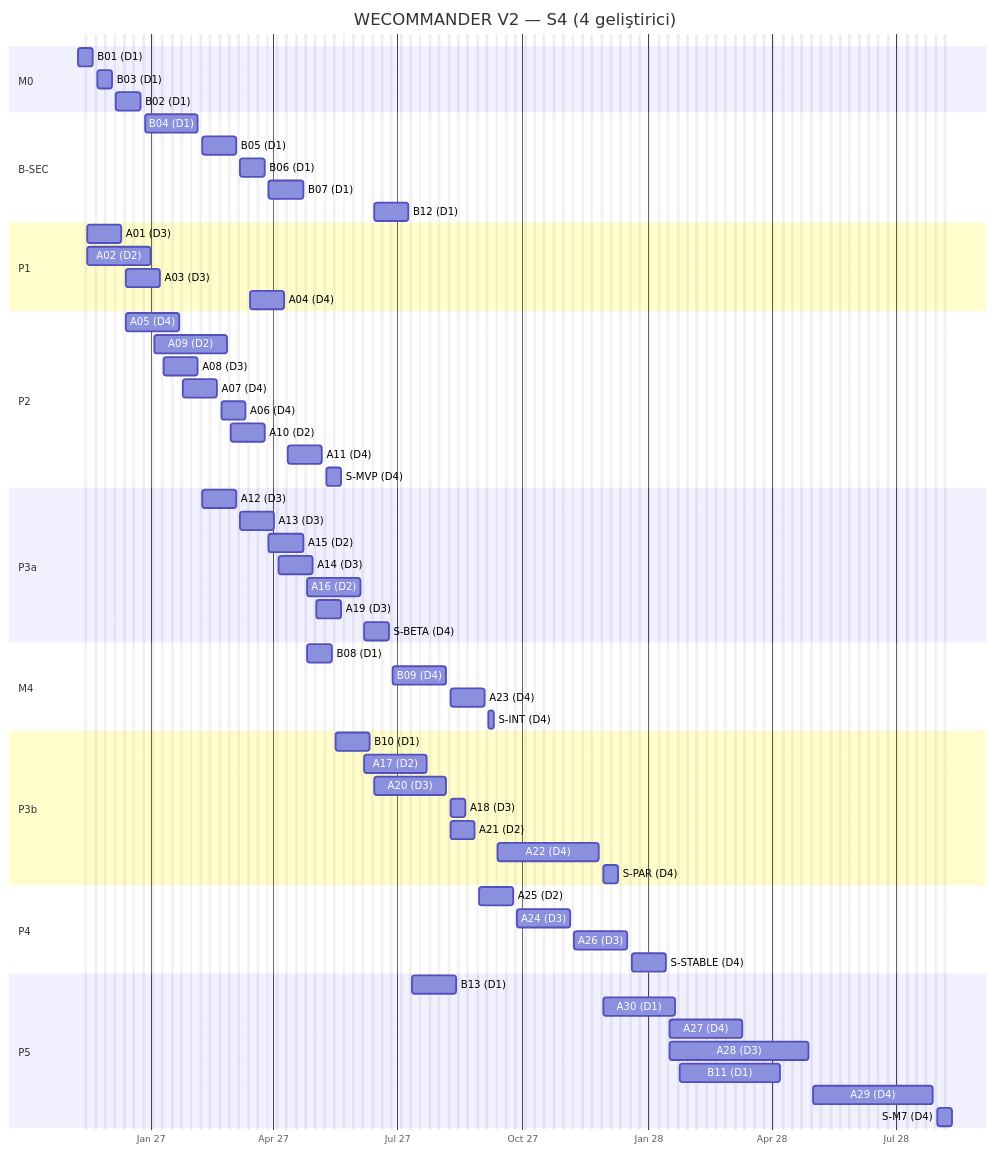
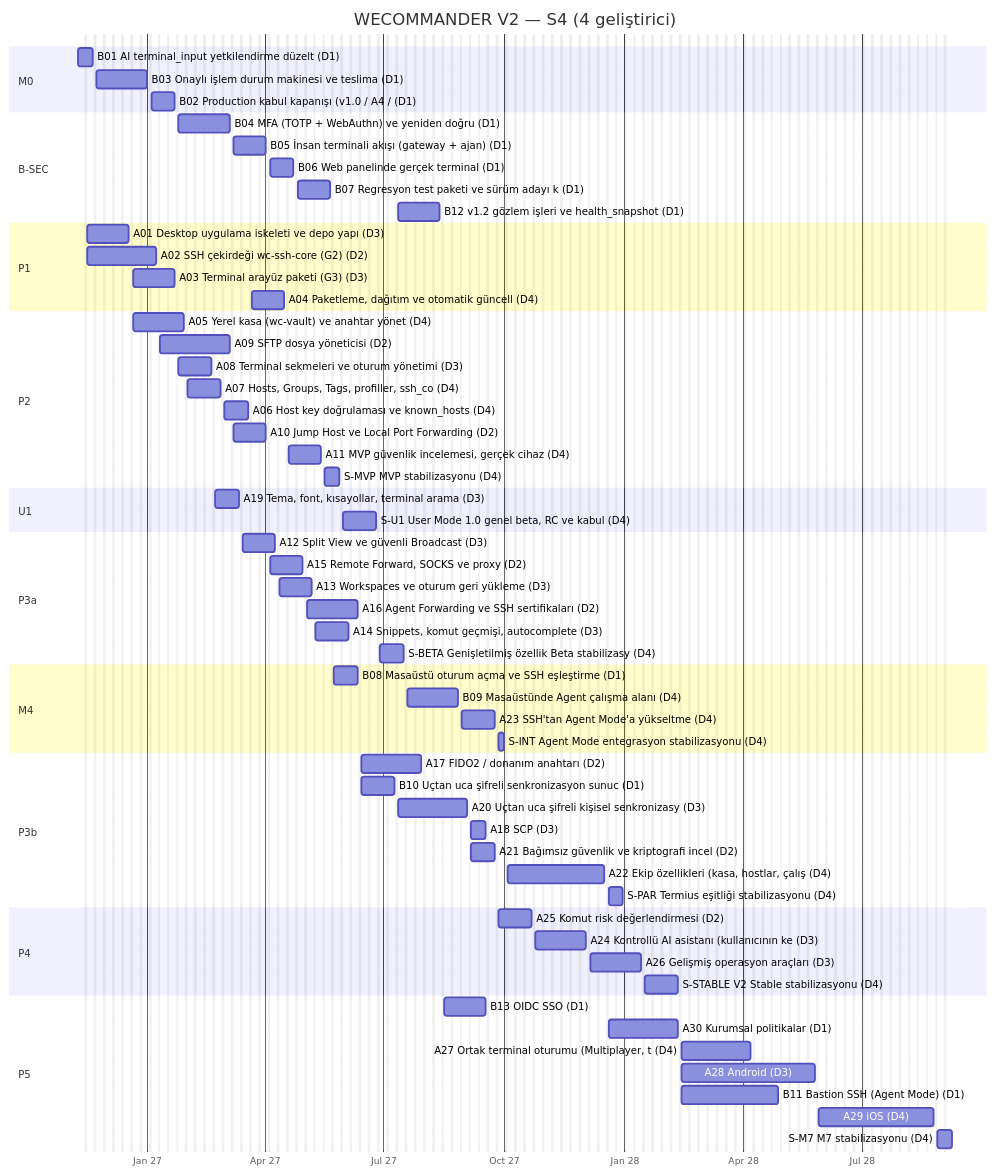
The second of 3 diagrams in plans/WECOMMANDER_V2_DEVELOPMENT_CALENDAR.md (orhanbal/webrising-commender), drawn with Mermaid before and after one commit. The commit also changed other lines of this file and 10 other files, not shown here.

First line of the commit message:
Plan v0.2: reproducible V2 scheduler, validation gates, B03 state machine, User Mode 1.0 Stable

````diff
--- a/plans/WECOMMANDER_V2_DEVELOPMENT_CALENDAR.md
+++ b/plans/WECOMMANDER_V2_DEVELOPMENT_CALENDAR.md
@@ -203,65 +193,67 @@
 ```mermaid
 gantt
     title WECOMMANDER V2 — S4 (4 geliştirici)
     dateFormat YYYY-MM-DD
     axisFormat %b %y
     excludes weekends
     section M0
-    B01 (D1) :B01, 2026-11-09, 2026-11-20
-    B03 (D1) :B03, 2026-11-23, 2026-12-04
-    B02 (D1) :B02, 2026-12-07, 2026-12-25
+    B01 AI terminal_input yetkilendirme düzelt (D1) :B01, 2026-11-09, 2026-11-20
+    B03 Onaylı işlem durum makinesi ve teslima (D1) :B03, 2026-11-23, 2027-01-01
+    B02 Production kabul kapanışı (v1.0 / A4 / (D1) :B02, 2027-01-04, 2027-01-22
     section B-SEC
-    B04 (D1) :B04, 2026-12-28, 2027-02-05
-    B05 (D1) :B05, 2027-02-08, 2027-03-05
-    B06 (D1) :B06, 2027-03-08, 2027-03-26
-    B07 (D1) :B07, 2027-03-29, 2027-04-23
-    B12 (D1) :B12, 2027-06-14, 2027-07-09
+    B04 MFA (TOTP + WebAuthn) ve yeniden doğru (D1) :B04, 2027-01-25, 2027-03-05
+    B05 İnsan terminali akışı (gateway + ajan) (D1) :B05, 2027-03-08, 2027-04-02
+    B06 Web panelinde gerçek terminal (D1) :B06, 2027-04-05, 2027-04-23
+    B07 Regresyon test paketi ve sürüm adayı k (D1) :B07, 2027-04-26, 2027-05-21
+    B12 v1.2 gözlem işleri ve health_snapshot  (D1) :B12, 2027-07-12, 2027-08-13
     section P1
-    A01 (D3) :A01, 2026-11-16, 2026-12-11
-    A02 (D2) :A02, 2026-11-16, 2027-01-01
-    A03 (D3) :A03, 2026-12-14, 2027-01-08
-    A04 (D4) :A04, 2027-03-15, 2027-04-09
+    A01 Desktop uygulama iskeleti ve depo yapı (D3) :A01, 2026-11-16, 2026-12-18
+    A02 SSH çekirdeği wc-ssh-core (G2) (D2) :A02, 2026-11-16, 2027-01-08
+    A03 Terminal arayüz paketi (G3) (D3) :A03, 2026-12-21, 2027-01-22
+    A04 Paketleme, dağıtım ve otomatik güncell (D4) :A04, 2027-03-22, 2027-04-16
     section P2
-    A05 (D4) :A05, 2026-12-14, 2027-01-22
-    A09 (D2) :A09, 2027-01-04, 2027-02-26
-    A08 (D3) :A08, 2027-01-11, 2027-02-05
-    A07 (D4) :A07, 2027-01-25, 2027-02-19
-    A06 (D4) :A06, 2027-02-22, 2027-03-12
-    A10 (D2) :A10, 2027-03-01, 2027-03-26
-    A11 (D4) :A11, 2027-04-12, 2027-05-07
-    S-MVP (D4) :SMVP, 2027-05-10, 2027-05-21
+    A05 Yerel kasa (wc-vault) ve anahtar yönet (D4) :A05, 2026-12-21, 2027-01-29
+    A09 SFTP dosya yöneticisi (D2) :A09, 2027-01-11, 2027-03-05
+    A08 Terminal sekmeleri ve oturum yönetimi (D3) :A08, 2027-01-25, 2027-02-19
+    A07 Hosts, Groups, Tags, profiller, ssh_co (D4) :A07, 2027-02-01, 2027-02-26
+    A06 Host key doğrulaması ve known_hosts (D4) :A06, 2027-03-01, 2027-03-19
+    A10 Jump Host ve Local Port Forwarding (D2) :A10, 2027-03-08, 2027-04-02
+    A11 MVP güvenlik incelemesi, gerçek cihaz  (D4) :A11, 2027-04-19, 2027-05-14
+    S-MVP MVP stabilizasyonu (D4) :SMVP, 2027-05-17, 2027-05-28
+    section U1
+    A19 Tema, font, kısayollar, terminal arama (D3) :A19, 2027-02-22, 2027-03-12
+    S-U1 User Mode 1.0 genel beta, RC ve kabul (D4) :SU1, 2027-05-31, 2027-06-25
     section P3a
-    A12 (D3) :A12, 2027-02-08, 2027-03-05
-    A13 (D3) :A13, 2027-03-08, 2027-04-02
-    A15 (D2) :A15, 2027-03-29, 2027-04-23
-    A14 (D3) :A14, 2027-04-05, 2027-04-30
-    A16 (D2) :A16, 2027-04-26, 2027-06-04
-    A19 (D3) :A19, 2027-05-03, 2027-05-21
-    S-BETA (D4) :SBETA, 2027-06-07, 2027-06-25
+    A12 Split View ve güvenli Broadcast (D3) :A12, 2027-03-15, 2027-04-09
+    A15 Remote Forward, SOCKS ve proxy (D2) :A15, 2027-04-05, 2027-04-30
+    A13 Workspaces ve oturum geri yükleme (D3) :A13, 2027-04-12, 2027-05-07
+    A16 Agent Forwarding ve SSH sertifikaları (D2) :A16, 2027-05-03, 2027-06-11
+    A14 Snippets, komut geçmişi, autocomplete (D3) :A14, 2027-05-10, 2027-06-04
+    S-BETA Genişletilmiş özellik Beta stabilizasy (D4) :SBETA, 2027-06-28, 2027-07-16
     section M4
-    B08 (D1) :B08, 2027-04-26, 2027-05-14
-    B09 (D4) :B09, 2027-06-28, 2027-08-06
-    A23 (D4) :A23, 2027-08-09, 2027-09-03
-    S-INT (D4) :SINT, 2027-09-06, 2027-09-10
+    B08 Masaüstü oturum açma ve SSH eşleştirme (D1) :B08, 2027-05-24, 2027-06-11
+    B09 Masaüstünde Agent çalışma alanı (D4) :B09, 2027-07-19, 2027-08-27
+    A23 SSH'tan Agent Mode'a yükseltme (D4) :A23, 2027-08-30, 2027-09-24
+    S-INT Agent Mode entegrasyon stabilizasyonu (D4) :SINT, 2027-09-27, 2027-10-01
     section P3b
-    B10 (D1) :B10, 2027-05-17, 2027-06-11
-    A17 (D2) :A17, 2027-06-07, 2027-07-23
-    A20 (D3) :A20, 2027-06-14, 2027-08-06
-    A18 (D3) :A18, 2027-08-09, 2027-08-20
-    A21 (D2) :A21, 2027-08-09, 2027-08-27
-    A22 (D4) :A22, 2027-09-13, 2027-11-26
-    S-PAR (D4) :SPAR, 2027-11-29, 2027-12-10
+    A17 FIDO2 / donanım anahtarı (D2) :A17, 2027-06-14, 2027-07-30
+    B10 Uçtan uca şifreli senkronizasyon sunuc (D1) :B10, 2027-06-14, 2027-07-09
+    A20 Uçtan uca şifreli kişisel senkronizasy (D3) :A20, 2027-07-12, 2027-09-03
+    A18 SCP (D3) :A18, 2027-09-06, 2027-09-17
+    A21 Bağımsız güvenlik ve kriptografi incel (D2) :A21, 2027-09-06, 2027-09-24
+    A22 Ekip özellikleri (kasa, hostlar, çalış (D4) :A22, 2027-10-04, 2027-12-17
+    S-PAR Termius eşitliği stabilizasyonu (D4) :SPAR, 2027-12-20, 2027-12-31
     section P4
-    A25 (D2) :A25, 2027-08-30, 2027-09-24
-    A24 (D3) :A24, 2027-09-27, 2027-11-05
-    A26 (D3) :A26, 2027-11-08, 2027-12-17
-    S-STABLE (D4) :SSTABLE, 2027-12-20, 2028-01-14
+    A25 Komut risk değerlendirmesi (D2) :A25, 2027-09-27, 2027-10-22
+    A24 Kontrollü AI asistanı (kullanıcının ke (D3) :A24, 2027-10-25, 2027-12-03
+    A26 Gelişmiş operasyon araçları (D3) :A26, 2027-12-06, 2028-01-14
+    S-STABLE V2 Stable stabilizasyonu (D4) :SSTABLE, 2028-01-17, 2028-02-11
     section P5
-    B13 (D1) :B13, 2027-07-12, 2027-08-13
-    A30 (D1) :A30, 2027-11-29, 2028-01-21
-    A27 (D4) :A27, 2028-01-17, 2028-03-10
-    A28 (D3) :A28, 2028-01-17, 2028-04-28
-    B11 (D1) :B11, 2028-01-24, 2028-04-07
-    A29 (D4) :A29, 2028-05-01, 2028-07-28
-    S-M7 (D4) :SM7, 2028-07-31, 2028-08-11
+    B13 OIDC SSO (D1) :B13, 2027-08-16, 2027-09-17
+    A30 Kurumsal politikalar (D1) :A30, 2027-12-20, 2028-02-11
+    A27 Ortak terminal oturumu (Multiplayer, t (D4) :A27, 2028-02-14, 2028-04-07
+    A28 Android (D3) :A28, 2028-02-14, 2028-05-26
+    B11 Bastion SSH (Agent Mode) (D1) :B11, 2028-02-14, 2028-04-28
+    A29 iOS (D4) :A29, 2028-05-29, 2028-08-25
+    S-M7 M7 stabilizasyonu (D4) :SM7, 2028-08-28, 2028-09-08
 ```
````
